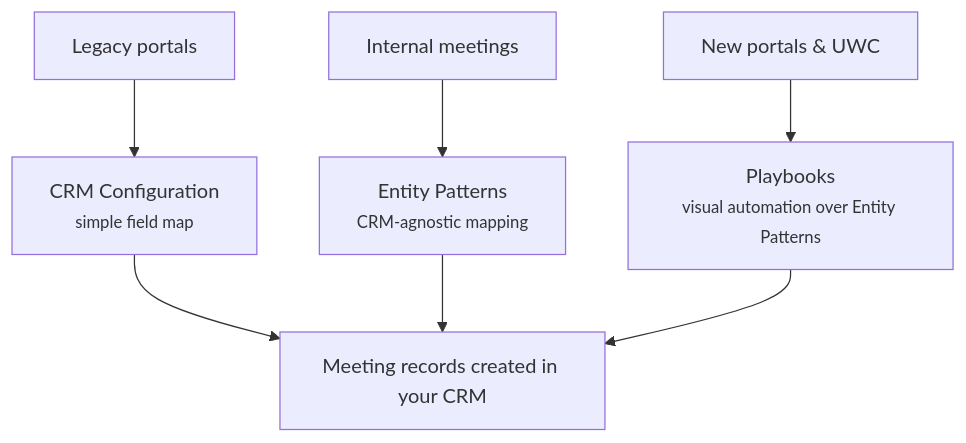
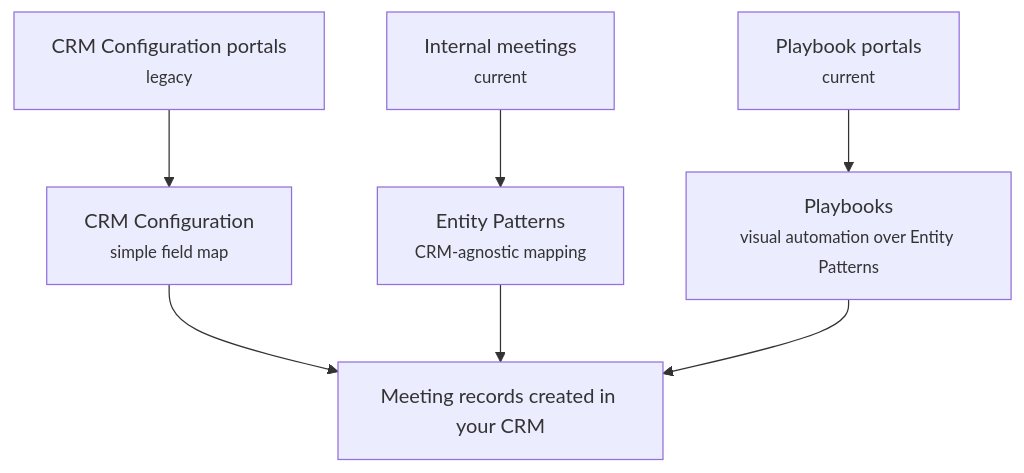
The diagram in _bookme/meeting-creation/platform-booking.md (andmoneyaps/docs), drawn with Mermaid before and after one commit. The commit also changed other lines of this file and 6 other files, not shown here.

First line of the commit message:
docs(bookme): reframe meeting-creation as Legacy vs Current; drop unreleased UWC

````diff
--- a/_bookme/meeting-creation/platform-booking.md
+++ b/_bookme/meeting-creation/platform-booking.md
@@ -67,9 +70,9 @@
 ```mermaid
 graph TD
-    OP["Legacy portals"] --> C1["CRM Configuration<br/><small>simple field map</small>"]
-    EMB["Internal meetings"] --> C2["Entity Patterns<br/><small>CRM-agnostic mapping</small>"]
-    NP["New portals & UWC"] --> C3["Playbooks<br/><small>visual automation over Entity Patterns</small>"]
+    EMB["Internal meetings<br/><small>current</small>"] --> C2["Entity Patterns<br/><small>CRM-agnostic mapping</small>"]
+    NP["Playbook portals<br/><small>current</small>"] --> C3["Playbooks<br/><small>visual automation over Entity Patterns</small>"]
+    OP["CRM Configuration portals<br/><small>legacy</small>"] --> C1["CRM Configuration<br/><small>simple field map</small>"]
     C1 --> REC["Meeting records created in your CRM"]
     C2 --> REC
     C3 --> REC
 ```
````
